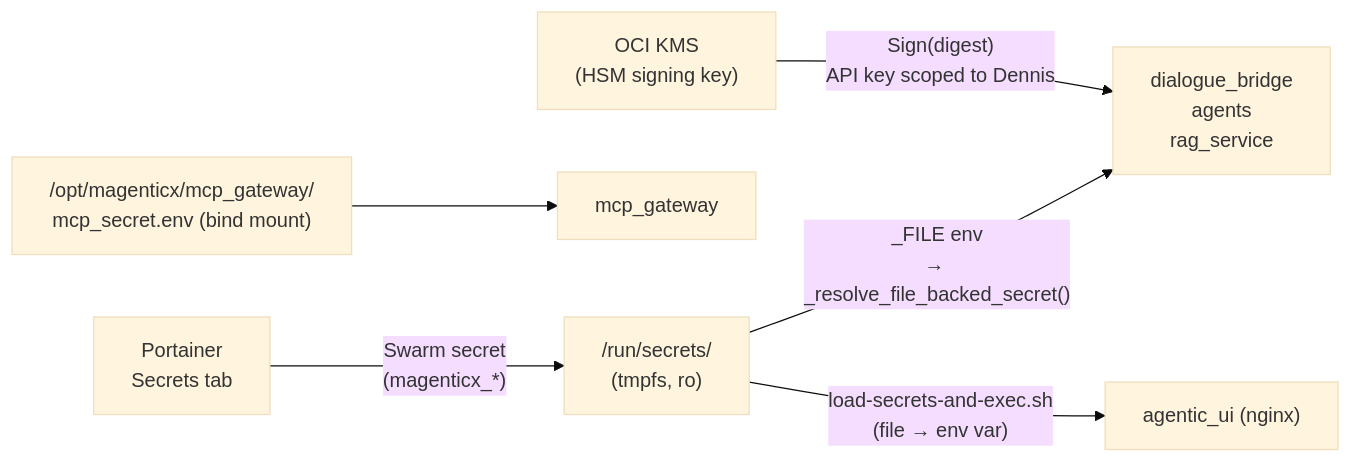
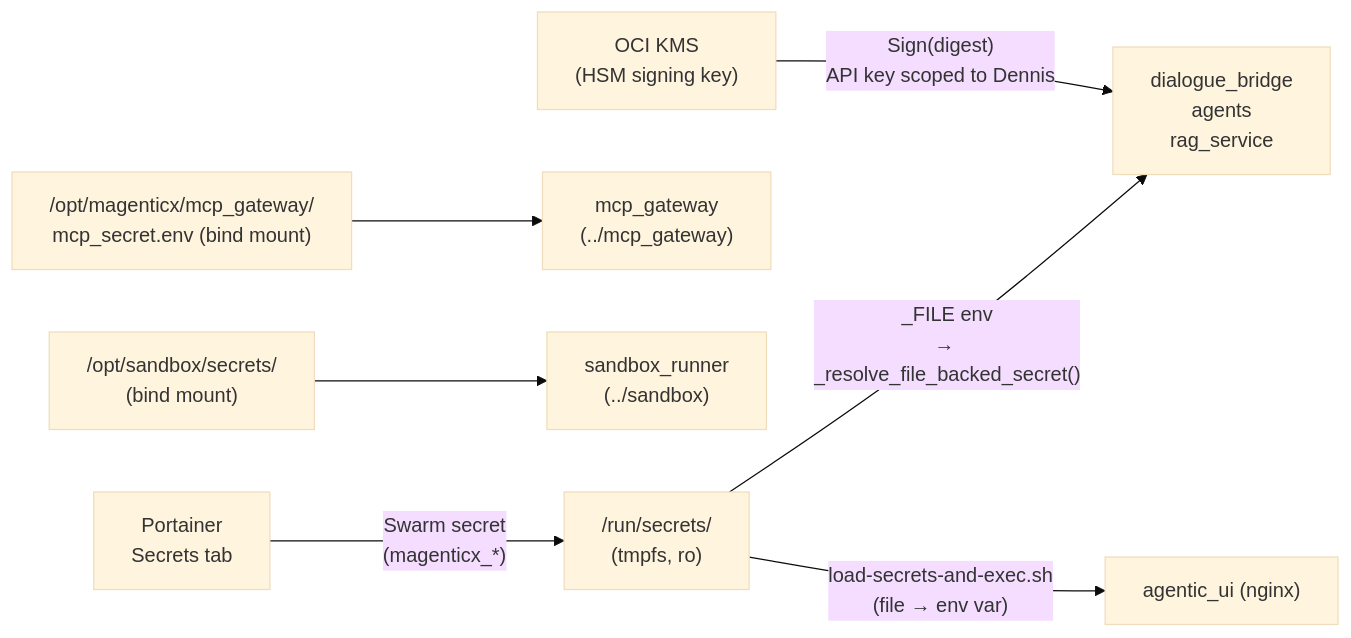
One commit to konstantinosmpouros/mAgenticX changed the diagram in docs/architecture/secrets.md. Above: the diagram before and after it, drawn with Mermaid (base theme). The commit also changed other lines of this file and 93 other files, not shown here.

Commit message:
refactor(magenticx): move mcp_gateway, monitoring and sandbox into sibling projects; mAgenticX boots without them

````diff
--- a/docs/architecture/secrets.md
+++ b/docs/architecture/secrets.md
@@ -9,8 +9,9 @@
 ```mermaid
 flowchart LR
     Portainer["Portainer\nSecrets tab"] -->|"Swarm secret\n(magenticx_*)"| Tmpfs["/run/secrets/<alias>\n(tmpfs, ro)"]
     Tmpfs -->|"<NAME>_FILE env\n→ _resolve_file_backed_secret()"| Py["dialogue_bridge\nagents\nrag_service"]
     Tmpfs -->|"load-secrets-and-exec.sh\n(file → env var)"| Nginx["agentic_ui (nginx)"]
-    File["/opt/magenticx/mcp_gateway/\nmcp_secret.env (bind mount)"] --> Gw["mcp_gateway"]
+    File["/opt/magenticx/mcp_gateway/\nmcp_secret.env (bind mount)"] --> Gw["mcp_gateway\n(../mcp_gateway)"]
+    SbFile["/opt/sandbox/secrets/\n(bind mount)"] --> Sb["sandbox_runner\n(../sandbox)"]
     KMS["OCI KMS\n(HSM signing key)"] -->|"Sign(digest)\nAPI key scoped to Dennis"| Py
 ```
````
